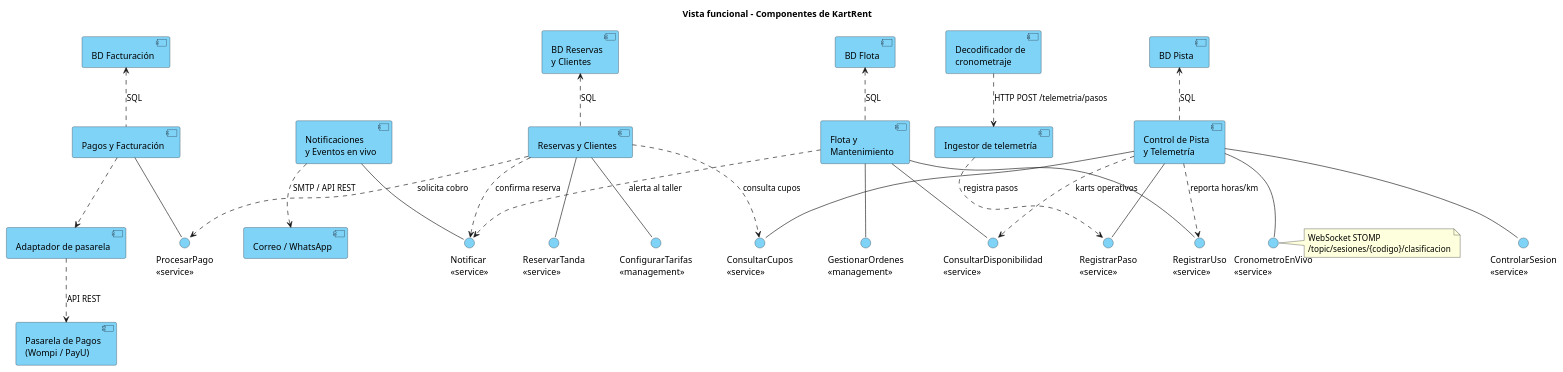
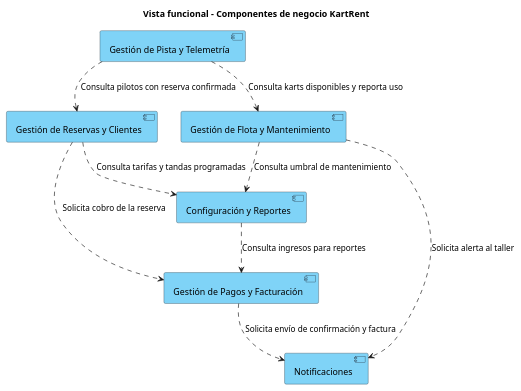
The diagram in diagramas/plantuml/02_funcional.puml (danielchauxgcampusucceduco/KartRent-Arquitectura), drawn with PlantUML before and after one commit. The commit also changed 6 other files, not shown here.

Commit message:
Diagramas revisados: vista funcional sin infraestructura, multiplicidades y enumeraciones en la lógica, trazabilidad HU en el contexto

```diff
--- a/diagramas/plantuml/02_funcional.puml
+++ b/diagramas/plantuml/02_funcional.puml
@@ -1,81 +1,26 @@
 @startuml
 skinparam shadowing false
 skinparam defaultFontName Arial
 skinparam componentStyle uml2
-skinparam nodesep 40
-skinparam ranksep 55
 skinparam component {
   BackgroundColor #7FD3F7
   BorderColor #1F2733
 }
-skinparam interface {
-  BackgroundColor #7FD3F7
-  BorderColor #1F2733
-}
-title Vista funcional - Componentes de KartRent
+title Vista funcional - Componentes de negocio KartRent
 
-' ===== Persistencia (fila superior) =====
-component "BD Reservas\ny Clientes" as BDR
-component "BD Pista" as BDP
-component "BD Flota" as BDF
-component "BD Facturación" as BDFA
+component "Gestión de Pista y Telemetría" as PIS
+component "Gestión de Reservas y Clientes" as RES
+component "Gestión de Flota y Mantenimiento" as FLO
+component "Configuración y Reportes" as CFG
+component "Gestión de Pagos y Facturación" as PAG
+component "Notificaciones" as NOT
 
-' ===== Componentes de negocio =====
-component "Reservas y Clientes" as RES
-component "Control de Pista\ny Telemetría" as PIS
-component "Flota y\nMantenimiento" as FLO
-component "Pagos y Facturación" as PAG
-component "Notificaciones\ny Eventos en vivo" as NOT
-
-BDR <.. RES : SQL
-BDP <.. PIS : SQL
-BDF <.. FLO : SQL
-BDFA <.. PAG : SQL
-
-' ===== Interfaces provistas (servicio / gestión) =====
-interface "ReservarTanda\n<<service>>" as I_RES
-interface "ConfigurarTarifas\n<<management>>" as I_TAR
-interface "ConsultarCupos\n<<service>>" as I_CUP
-interface "ControlarSesion\n<<service>>" as I_CTL
-interface "CronometroEnVivo\n<<service>>" as I_CRO
-interface "RegistrarPaso\n<<service>>" as I_PAS
-interface "ConsultarDisponibilidad\n<<service>>" as I_DIS
-interface "RegistrarUso\n<<service>>" as I_USO
-interface "GestionarOrdenes\n<<management>>" as I_ORD
-interface "ProcesarPago\n<<service>>" as I_PAG
-interface "Notificar\n<<service>>" as I_NOT
-
-RES -- I_RES
-RES -- I_TAR
-PIS -- I_CUP
-PIS -- I_CTL
-PIS -- I_CRO
-note right of I_CRO : WebSocket STOMP\n/topic/sesiones/{codigo}/clasificacion
-PIS -- I_PAS
-FLO -- I_DIS
-FLO -- I_USO
-FLO -- I_ORD
-PAG -- I_PAG
-NOT -- I_NOT
-
-' ===== Interfaces requeridas =====
-RES ..> I_CUP : consulta cupos
-RES ..> I_PAG : solicita cobro
-RES ..> I_NOT : confirma reserva
-PIS ..> I_DIS : karts operativos
-PIS ..> I_USO : reporta horas/km
-FLO ..> I_NOT : alerta al taller
-
-' ===== Adaptadores y sistemas externos =====
-component "Adaptador de pasarela" as ADP
-component "Ingestor de telemetría" as ING
-component "Pasarela de Pagos\n(Wompi / PayU)" as EXP
-component "Decodificador de\ncronometraje" as EXT
-component "Correo / WhatsApp" as EXN
-
-PAG ..> ADP
-ADP ..> EXP : API REST
-EXT ..> ING : HTTP POST /telemetria/pasos
-ING ..> I_PAS : registra pasos
-NOT ..> EXN : SMTP / API REST
+PIS ..> RES : Consulta pilotos con reserva confirmada
+PIS ..> FLO : Consulta karts disponibles y reporta uso
+RES ..> CFG : Consulta tarifas y tandas programadas
+FLO ..> CFG : Consulta umbral de mantenimiento
+RES ..> PAG : Solicita cobro de la reserva
+CFG ..> PAG : Consulta ingresos para reportes
+PAG ..> NOT : Solicita envío de confirmación y factura
+FLO ..> NOT : Solicita alerta al taller
 @enduml
```
